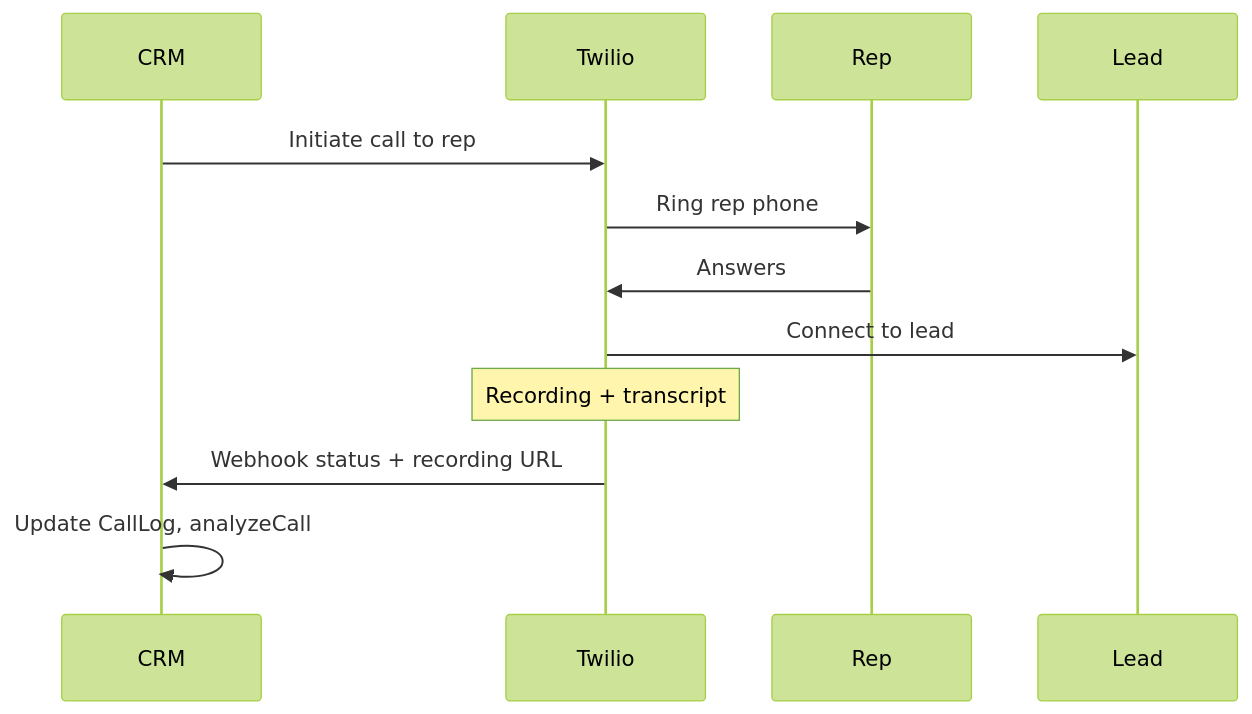
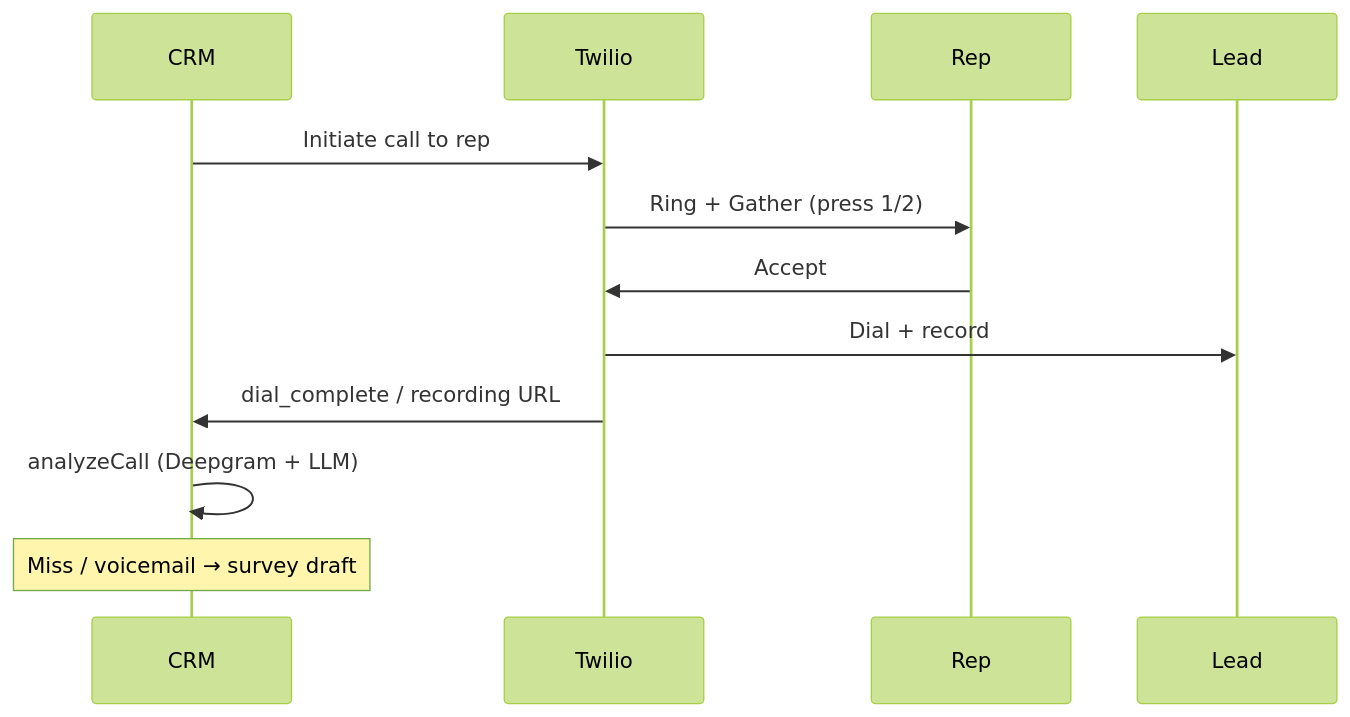
The diagram in plans/04-twilio-calls.md (AliAqdas2/studious-octo-couscous), drawn with Mermaid (forest theme) before and after one commit. The commit also changed other lines of this file and 17 other files, not shown here.

````diff
--- a/plans/04-twilio-calls.md
+++ b/plans/04-twilio-calls.md
@@ -49,15 +49,15 @@
 ```mermaid
 sequenceDiagram
   participant CRM
   participant Twilio
   participant Rep
   participant Lead
 
   CRM->>Twilio: Initiate call to rep
-  Twilio->>Rep: Ring rep phone
-  Rep->>Twilio: Answers
-  Twilio->>Lead: Connect to lead
-  Note over Twilio: Recording + transcript
-  Twilio->>CRM: Webhook status + recording URL
-  CRM->>CRM: Update CallLog, analyzeCall
+  Twilio->>Rep: Ring + Gather (press 1/2)
+  Rep->>Twilio: Accept
+  Twilio->>Lead: Dial + record
+  Twilio->>CRM: dial_complete / recording URL
+  CRM->>CRM: analyzeCall (Deepgram + LLM)
+  Note over CRM: Miss / voicemail → survey draft
 ```
````
